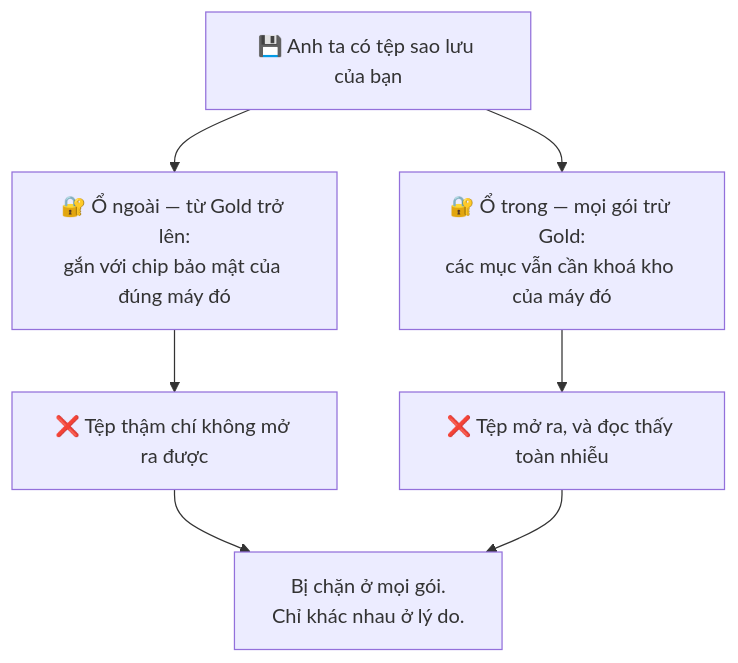
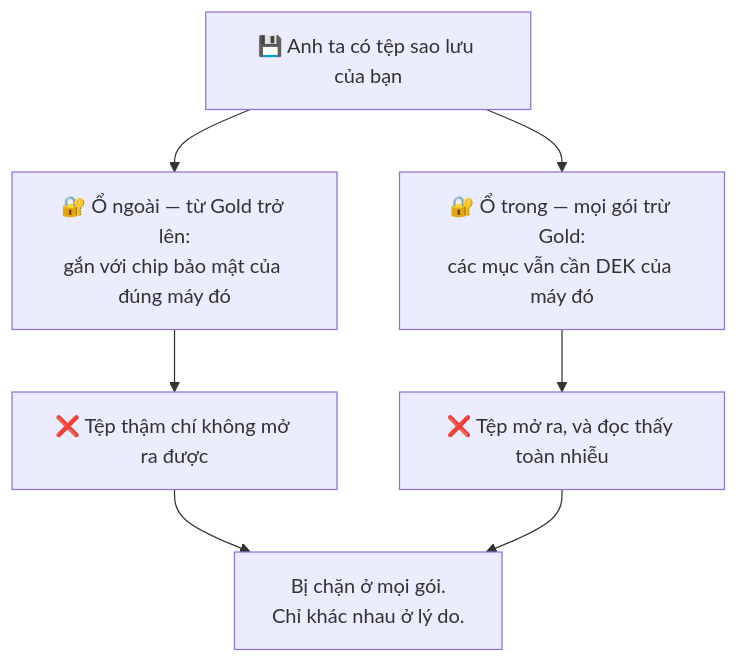
The sixth of 12 diagrams in i18n/vi/docusaurus-plugin-content-docs/current/attack-scenarios.md (TuPhung369/passwordepic-website), drawn with Mermaid before and after one commit. The commit also changed other lines of this file and 22 other files, not shown here.

````diff
--- a/i18n/vi/docusaurus-plugin-content-docs/current/attack-scenarios.md
+++ b/i18n/vi/docusaurus-plugin-content-docs/current/attack-scenarios.md
@@ -287,9 +287,9 @@
 ```mermaid
 flowchart TD
   A["💾 Anh ta có tệp sao lưu của bạn"] --> B["🔐 Ổ ngoài — từ Gold trở lên:<br/>gắn với chip bảo mật của đúng máy đó"]
-  A --> C["🔐 Ổ trong — mọi gói trừ Gold:<br/>các mục vẫn cần khoá kho của máy đó"]
+  A --> C["🔐 Ổ trong — mọi gói trừ Gold:<br/>các mục vẫn cần DEK của máy đó"]
   B --> D["❌ Tệp thậm chí không mở ra được"]
   C --> E["❌ Tệp mở ra, và đọc thấy toàn nhiễu"]
   D --> F["Bị chặn ở mọi gói.<br/>Chỉ khác nhau ở lý do."]
   E --> F
 ```
````
